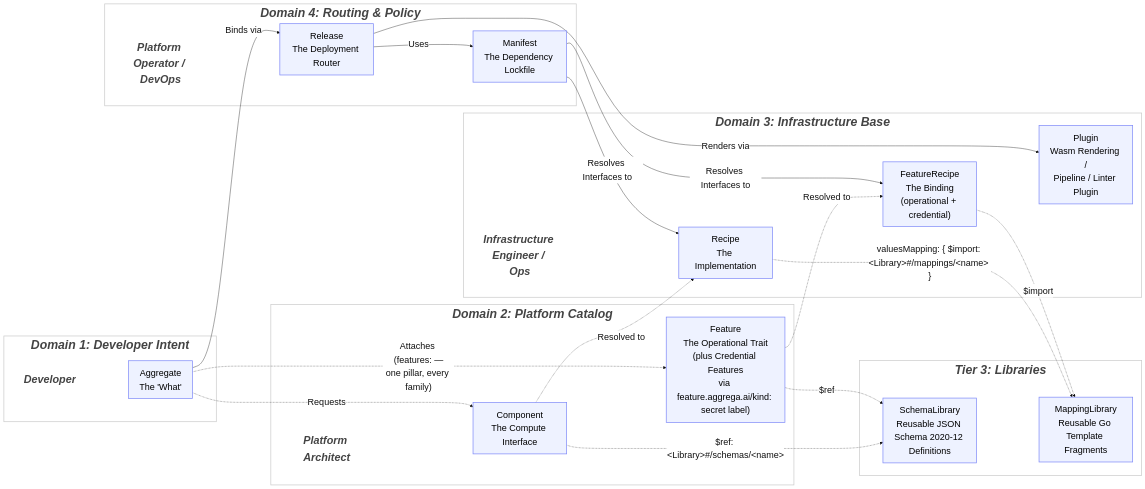
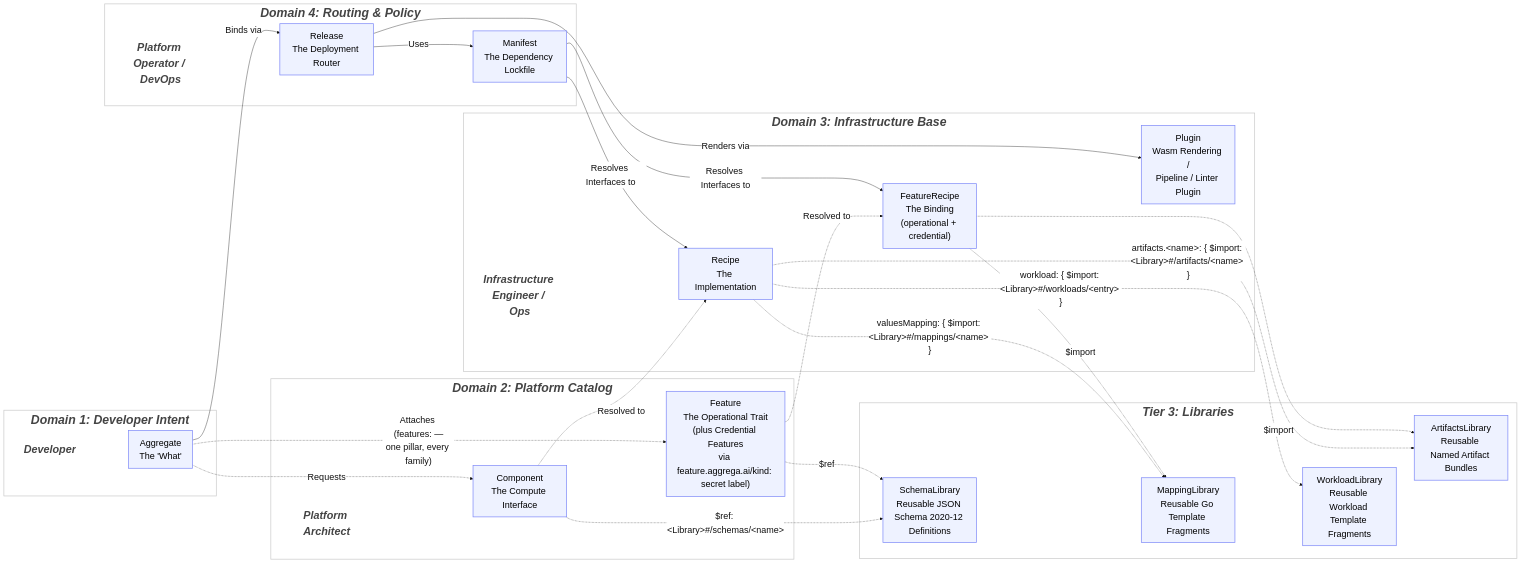
Before and after one commit to aggrega-ai/aggrega-docs: the diagram in architecture/04-eight-entity-taxonomy.md, drawn with Mermaid. The commit also changed other lines of this file and 8 other files, not shown here.

```diff
--- a/architecture/04-eight-entity-taxonomy.md
+++ b/architecture/04-eight-entity-taxonomy.md
@@ -56,7 +56,11 @@
     subgraph DL ["Tier 3: Libraries"]
         SL["SchemaLibrary<br/>Reusable JSON Schema 2020-12 Definitions"]:::baseNode
         ML["MappingLibrary<br/>Reusable Go Template Fragments"]:::baseNode
+        WL["WorkloadLibrary<br/>Reusable Workload Template Fragments"]:::baseNode
+        AL["ArtifactsLibrary<br/>Reusable Named Artifact Bundles"]:::baseNode
         SL ~~~ ML
+        ML ~~~ WL
+        WL ~~~ AL
     end
 
     %% Logical Flow Connections
@@ -79,6 +83,9 @@
     CapC -.->|"$ref"| SL
     CD -.->|"valuesMapping: { $import: &lt;Library&gt;#/mappings/&lt;name&gt; }"| ML
     CapD -.->|"$import"| ML
+    CD -.->|"workload: { $import: &lt;Library&gt;#/workloads/&lt;entry&gt; }"| WL
+    CD -.->|"artifacts.&lt;name&gt;: { $import: &lt;Library&gt;#/artifacts/&lt;name&gt; }"| AL
+    CapD -.->|"$import"| AL
 
     %% Apply the domain class to the subgraphs
     class D1,D2,D3,D4,DL domain;
```
